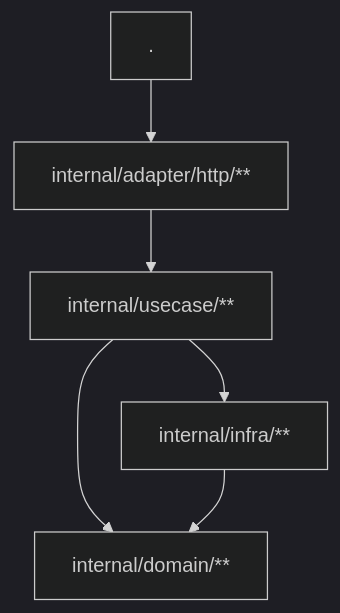
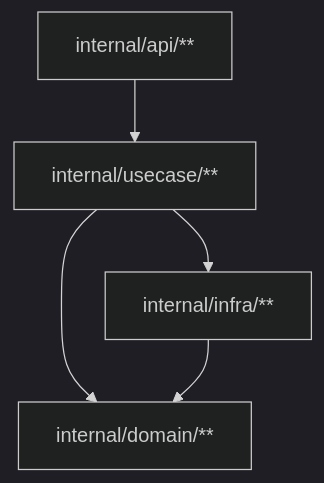
The diagram in README.md (dariushalipour/baft), drawn with Mermaid (dark theme) before and after one commit. The commit also changed other lines of this file and 33 other files, not shown here.

````diff
--- a/README.md
+++ b/README.md
@@ -82,13 +69,12 @@
 ```mermaid
 flowchart TD
-  main["."]
-  httpapi["internal/adapter/http/**"]
+  api["internal/api/**"]
   usecase["internal/usecase/**"]:::endophobic
   domain["internal/domain/**"]
   infra["internal/infra/**"]
 
-  main --> httpapi --> usecase
+  api --> usecase
   usecase --> domain
   usecase --> infra
   infra --> domain
 ```
````
